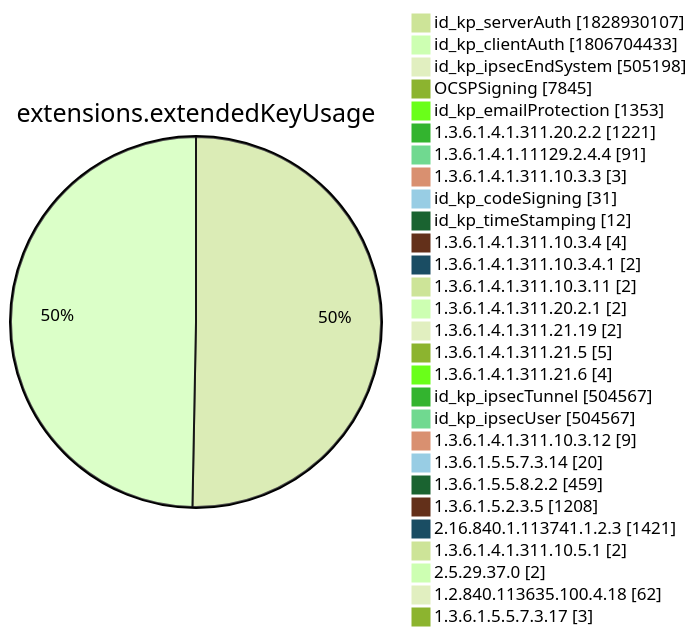
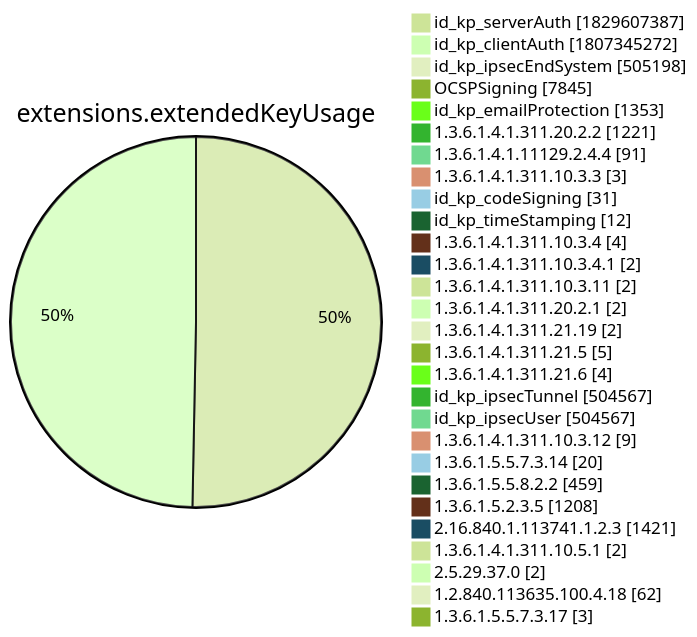
One commit to christiankrug/ctmonitor_visualization changed diagram 12 of 15 in xenon2022/README.md. Above: the diagram before and after it, drawn with Mermaid (forest theme). The commit also changed other lines of this file, not shown here.

````diff
--- a/xenon2022/README.md
+++ b/xenon2022/README.md
@@ -3895,32 +3895,32 @@
 ```mermaid
 pie showData
 title extensions.extendedKeyUsage
-"id_kp_serverAuth" :1828930107
-"id_kp_clientAuth" :1806704433
+"id_kp_serverAuth" :1829607387
+"id_kp_clientAuth" :1807345272
 "id_kp_ipsecEndSystem" :505198
 "OCSPSigning" :7845
 "id_kp_emailProtection" :1353
 "1.3.6.1.4.1.311.20.2.2" :1221
 "1.3.6.1.4.1.11129.2.4.4" :91
 "1.3.6.1.4.1.311.10.3.3" :3
 "id_kp_codeSigning" :31
 "id_kp_timeStamping" :12
 "1.3.6.1.4.1.311.10.3.4" :4
 "1.3.6.1.4.1.311.10.3.4.1" :2
 "1.3.6.1.4.1.311.10.3.11" :2
 "1.3.6.1.4.1.311.20.2.1" :2
 "1.3.6.1.4.1.311.21.19" :2
 "1.3.6.1.4.1.311.21.5" :5
 "1.3.6.1.4.1.311.21.6" :4
 "id_kp_ipsecTunnel" :504567
 "id_kp_ipsecUser" :504567
 "1.3.6.1.4.1.311.10.3.12" :9
 "1.3.6.1.5.5.7.3.14" :20
 "1.3.6.1.5.5.8.2.2" :459
 "1.3.6.1.5.2.3.5" :1208
 "2.16.840.1.113741.1.2.3" :1421
 "1.3.6.1.4.1.311.10.5.1" :2
 "2.5.29.37.0" :2
 "1.2.840.113635.100.4.18" :62
 "1.3.6.1.5.5.7.3.17" :3
 ```
````
